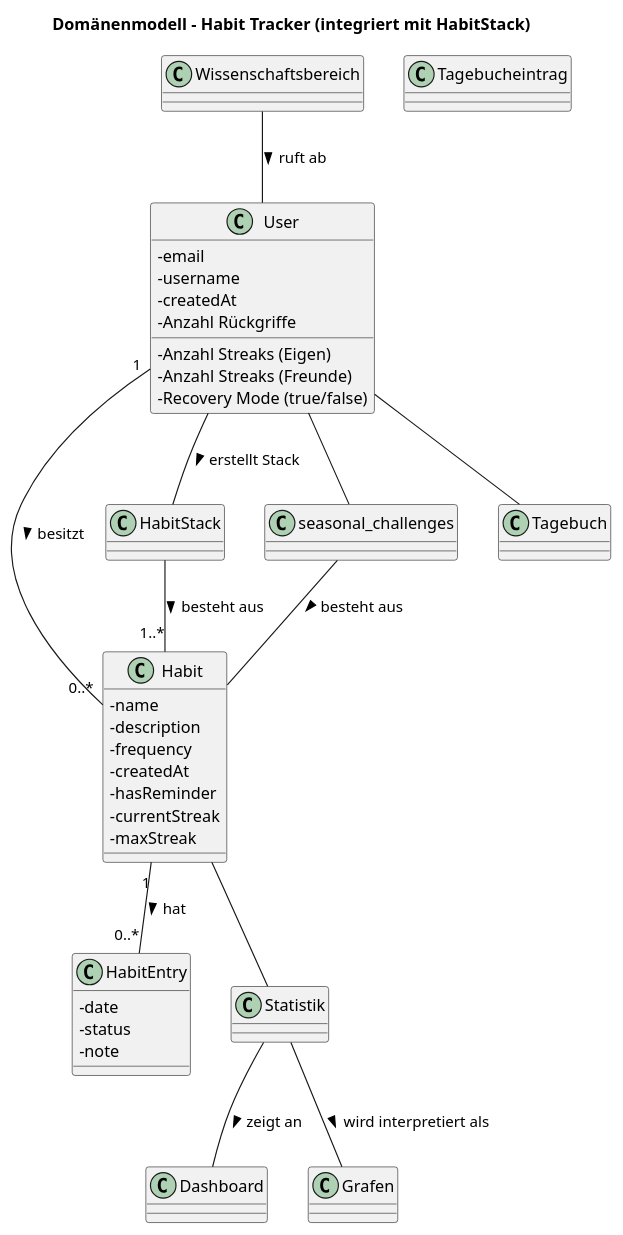
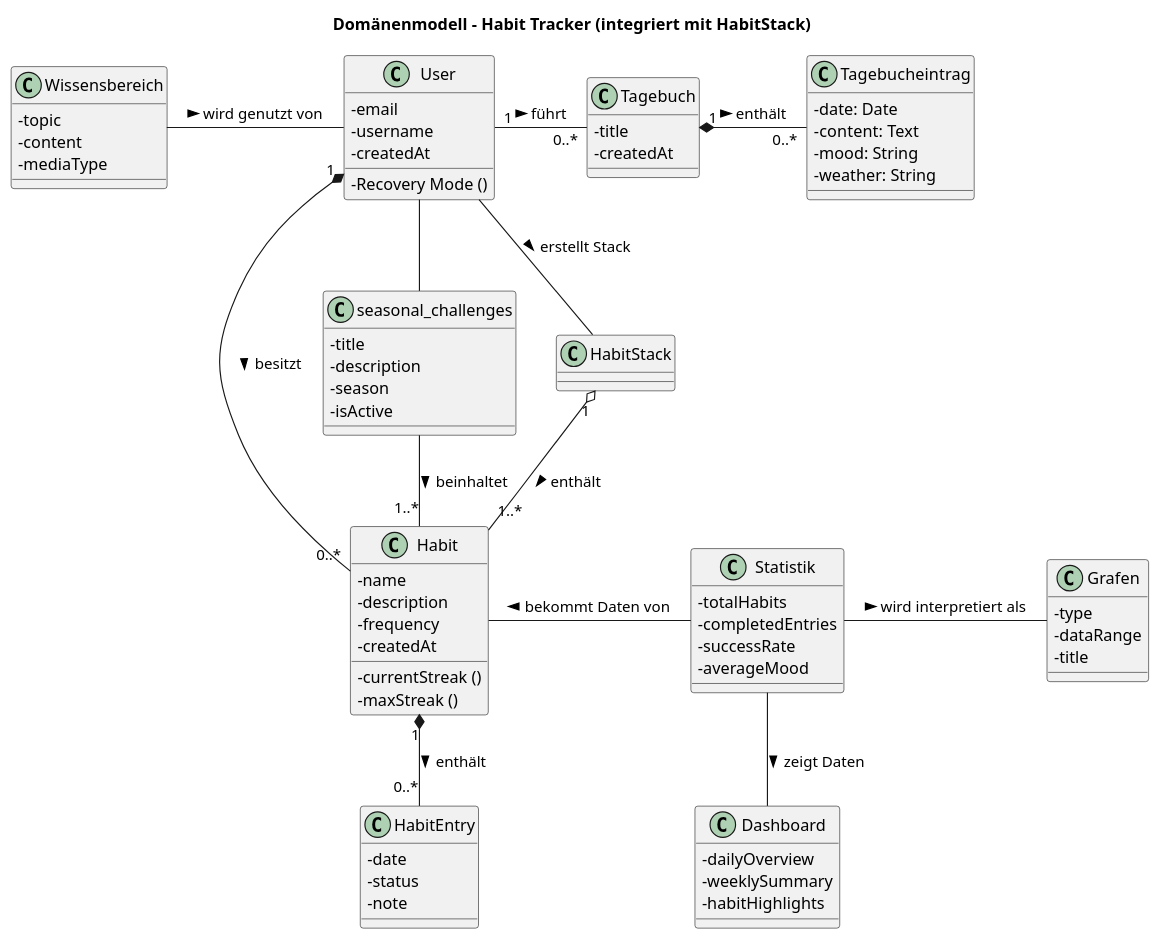
Before and after one commit to laurenzzzzzz/htwd-se1-habitree: the diagram in docs/requirements/plantuml/Domänenmodell.plantuml, drawn with PlantUML.

Commit message:
Update Domänenmodell (glossary.adoc)

```diff
--- a/docs/requirements/plantuml/Domänenmodell.plantuml
+++ b/docs/requirements/plantuml/Domänenmodell.plantuml
@@ -1,74 +1,100 @@
 @startuml
 title Domänenmodell – Habit Tracker (integriert mit HabitStack)
 
 skinparam classAttributeIconSize 0
 
 '=======================
 ' Hauptklassen (Kernmodell)
 '=======================
 
 class User {
   - email
   - username
   - createdAt
-  - Anzahl Streaks (Eigen)
-  - Anzahl Streaks (Freunde)
-  - Anzahl Rückgriffe
-  - Recovery Mode (true/false)
+  - Recovery Mode ()
 }
 
 class Habit {
   - name
   - description
   - frequency
   - createdAt
-  - hasReminder
-  - currentStreak
-  - maxStreak
+  - currentStreak ()
+  - maxStreak ()
 }
 
 class HabitEntry {
   - date
   - status
   - note
 }
+class Tagebucheintrag {
+  - date: Date
+  - content: Text
+  - mood: String
+  - weather: String
+}
 
+class Tagebuch {
+  - title
+  - createdAt
+}
+class seasonal_challenges {
+  - title
+  - description
+  - season
+  - isActive
+}
+class Statistik {
+  - totalHabits
+  - completedEntries
+  - successRate
+  - averageMood
+}
 
+class Dashboard {
+  - dailyOverview
+  - weeklySummary
+  - habitHighlights
+}
+class Grafen {
+  - type
+  - dataRange
+  - title
+}
+class Wissensbereich {
+  - topic
+  - content
+  - mediaType
+}
 class HabitStack
-class Tagebucheintrag
 
-
-
-class seasonal_challenges
-class Tagebuch
-
-
-class Statistik
-class Dashboard
-class Wissenschaftsbereich
 
 '=======================
 ' Beziehungen
 '=======================
 
-User "1" -- "0..*" Habit : besitzt >
-Habit "1" -- "0..*" HabitEntry : hat >
+User "1" *-- "0..*" Habit : besitzt >
 
-HabitStack -- "1..*" Habit : besteht aus >
+Habit "1" *-- "0..*" HabitEntry : enthält >
 
-Habit -- Statistik
+HabitStack "1" o-- "1..*" Habit : enthält >
+
 
 User -- HabitStack : erstellt Stack >
 
+User -- seasonal_challenges
+seasonal_challenges -- "1..*" Habit : beinhaltet >
+
+Wissensbereich - User : wird genutzt von >
+
+Habit - Statistik : bekommt Daten von <
+Statistik -- Dashboard : zeigt Daten >
+Statistik - Grafen : wird interpretiert als >
+
+User "1" - "0..*" Tagebuch : führt >
+
+Tagebuch "1" *- "0..*" Tagebucheintrag : enthält >
 
 
-User -- Tagebuch
-User -- seasonal_challenges
-seasonal_challenges -- Habit : besteht aus >
-
-Wissenschaftsbereich -- User : ruft ab >
-
-Statistik -- Dashboard : zeigt an >
-Statistik -- Grafen : wird interpretiert als >
-
 @enduml
```
